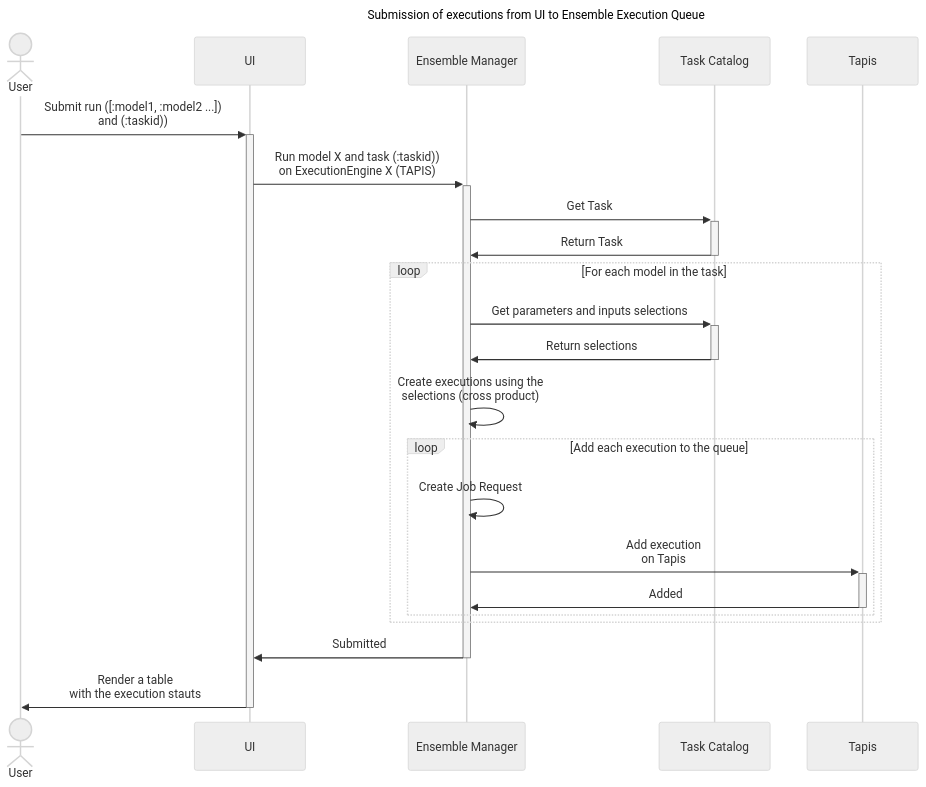
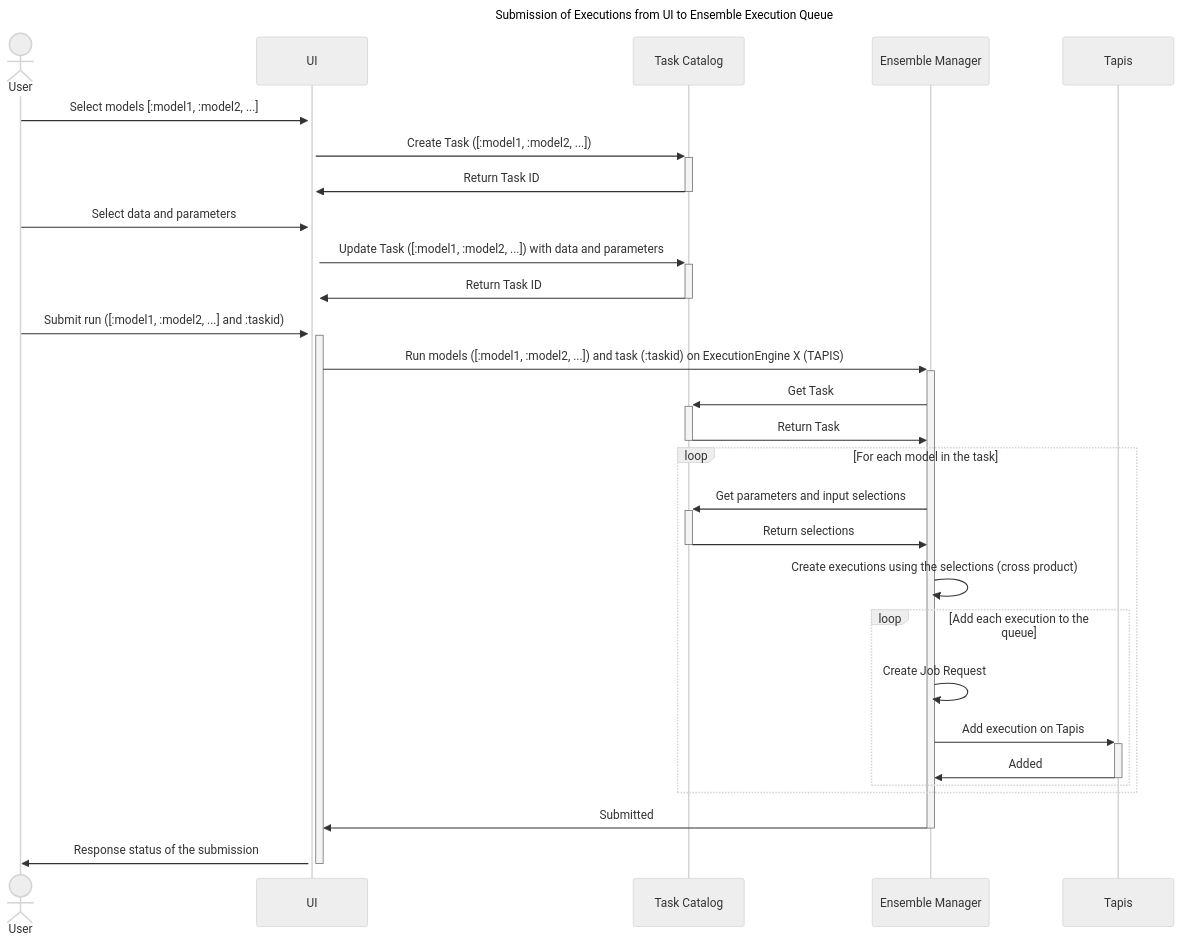
One commit to mintproject/mint-ensemble-manager changed the first of 3 diagrams in docs/tapis/figures/submission.md. Above: the diagram before and after it, drawn with Mermaid (neutral theme). The commit also changed other lines of this file, not shown here.

````diff
--- a/docs/tapis/figures/submission.md
+++ b/docs/tapis/figures/submission.md
@@ -1,25 +3,34 @@
 ```mermaid
 sequenceDiagram
-title Submission of executions from UI to Ensemble Execution Queue
+title Submission of Executions from UI to Ensemble Execution Queue
 
     actor User as User
-    User->>+UI: Submit run ([:model1, :model2 ...]) <br> and (:taskid))
-    UI->>+Ensemble Manager:  Run model X and task (:taskid)) <br> on ExecutionEngine X (TAPIS)
+
+    User->>+UI : Select models [:model1, :model2, ...]
+    UI->>+Task Catalog: Create Task ([:model1, :model2, ...])
+    Task Catalog->>-UI: Return Task ID
+
+    User->>+UI: Select data and parameters
+    UI->>+Task Catalog: Update Task ([:model1, :model2, ...]) with data and parameters
+    Task Catalog->>-UI: Return Task ID
+
+    User->>+UI: Submit run ([:model1, :model2, ...] and :taskid)
+    UI->>+Ensemble Manager: Run models ([:model1, :model2, ...]) and task (:taskid) on ExecutionEngine X (TAPIS)
     Ensemble Manager->>+Task Catalog: Get Task
     Task Catalog->>-Ensemble Manager: Return Task
 
     loop For each model in the task
-        Ensemble Manager ->> +Task Catalog:Get parameters and inputs selections
+        Ensemble Manager ->>+Task Catalog: Get parameters and input selections
         Task Catalog->>-Ensemble Manager: Return selections
-        Ensemble Manager ->> Ensemble Manager: Create executions using the <br>  selections (cross product)
+        Ensemble Manager ->>Ensemble Manager: Create executions using the selections (cross product)
 
         loop Add each execution to the queue
-        Ensemble Manager ->> Ensemble Manager: Create Job Request
-            Ensemble Manager ->> +Tapis : Add execution <br> on Tapis
-            Tapis ->> -Ensemble Manager : Added
+            Ensemble Manager ->>Ensemble Manager: Create Job Request
+            Ensemble Manager ->>+Tapis: Add execution on Tapis
+            Tapis ->>-Ensemble Manager: Added
         end
 
     end
-    Ensemble Manager->> -UI:  Submitted
-    UI->> -User: Render a table <br> with the execution stauts
+    Ensemble Manager->>-UI: Submitted
+    UI->>-User: Response status of the submission
 ```
````
